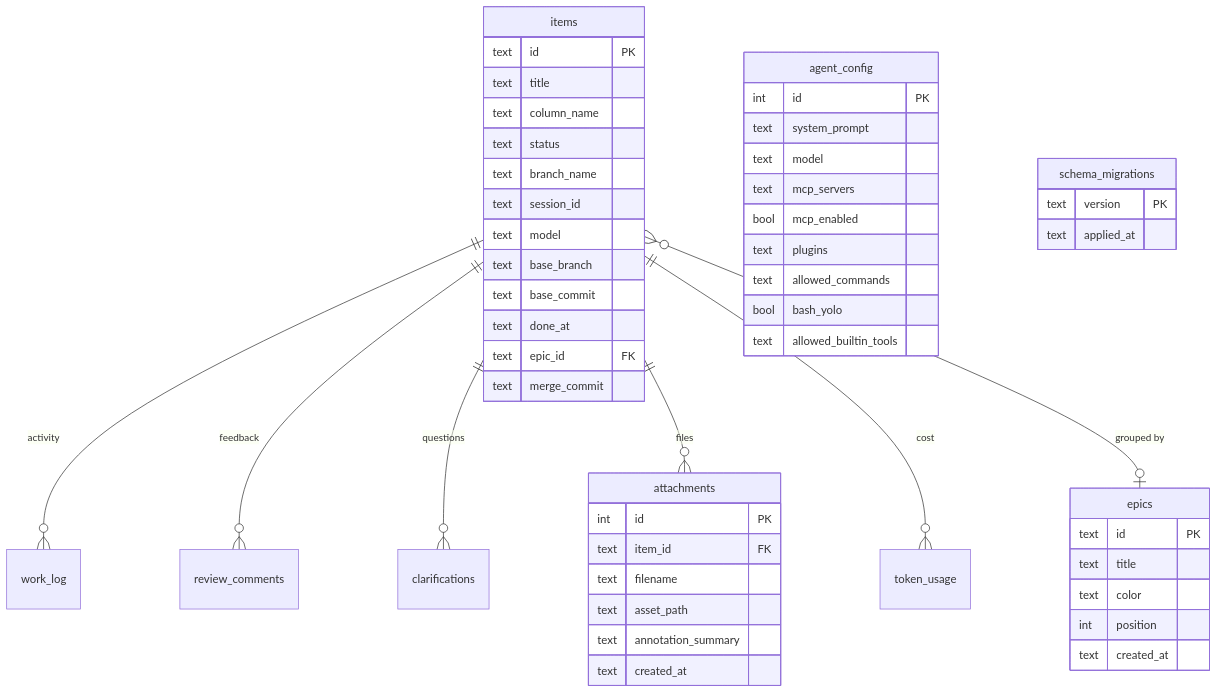
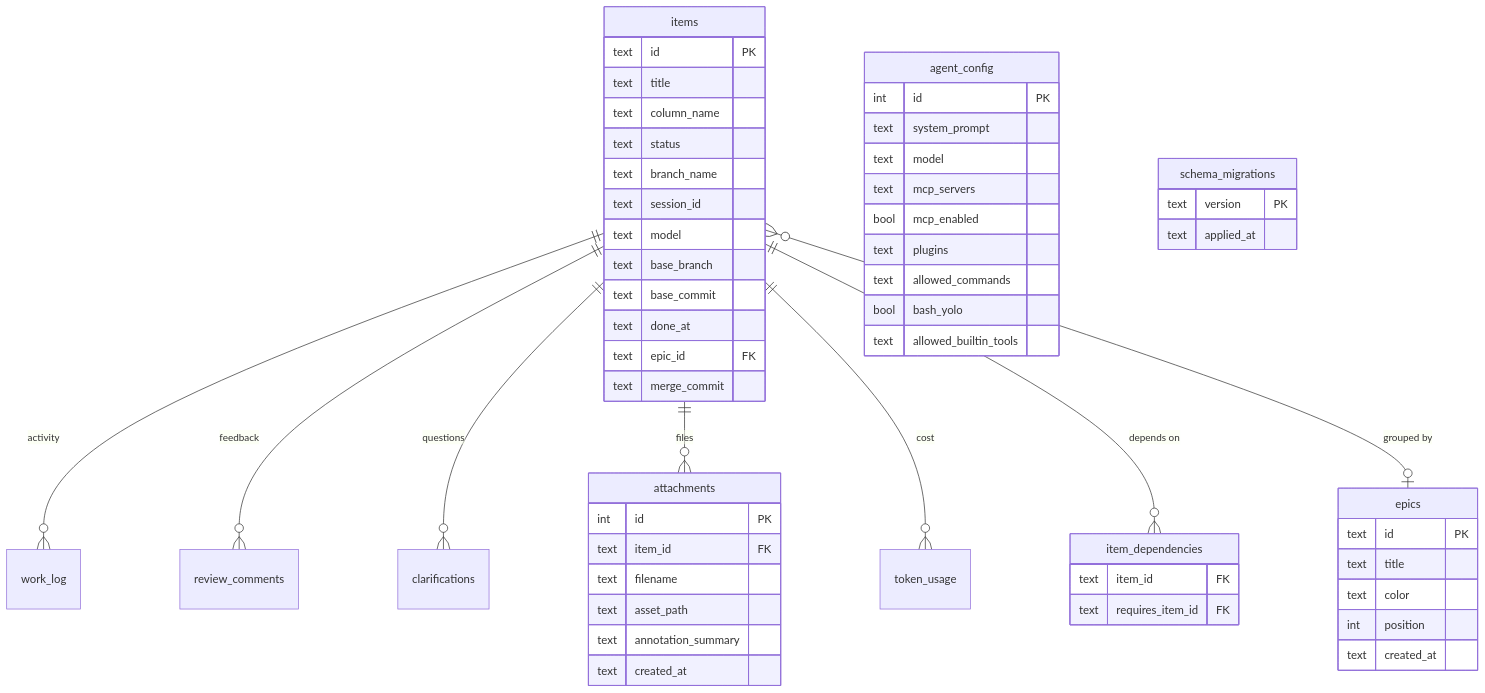
Before and after one commit to epatel/claude-agents-dashboard: the fourth of 4 diagrams in CLAUDE.md, drawn with Mermaid. The commit also changed other lines of this file and 2 other files, not shown here.

Commit message:
Update all documentation for migration 011 (item dependencies) and refresh line counts across CLAUDE.md, README.md, and AGENT_FILES

````diff
--- a/CLAUDE.md
+++ b/CLAUDE.md
@@ -283,58 +283,64 @@
 ```mermaid
 erDiagram
     items ||--o{ work_log : "activity"
     items ||--o{ review_comments : "feedback"
     items ||--o{ clarifications : "questions"
     items ||--o{ attachments : "files"
     items ||--o{ token_usage : "cost"
+    items ||--o{ item_dependencies : "depends on"
     items }o--o| epics : "grouped by"
 
     items {
         text id PK
         text title
         text column_name
         text status
         text branch_name
         text session_id
         text model
         text base_branch
         text base_commit
         text done_at
         text epic_id FK
         text merge_commit
+    }
+
+    item_dependencies {
+        text item_id FK
+        text requires_item_id FK
     }
 
     agent_config {
         int id PK
         text system_prompt
         text model
         text mcp_servers
         bool mcp_enabled
         text plugins
         text allowed_commands
         bool bash_yolo
         text allowed_builtin_tools
     }
 
     attachments {
         int id PK
         text item_id FK
         text filename
         text asset_path
         text annotation_summary
         text created_at
     }
 
     epics {
         text id PK
         text title
         text color
         int position
         text created_at
     }
 
     schema_migrations {
         text version PK
         text applied_at
     }
 ```
````
